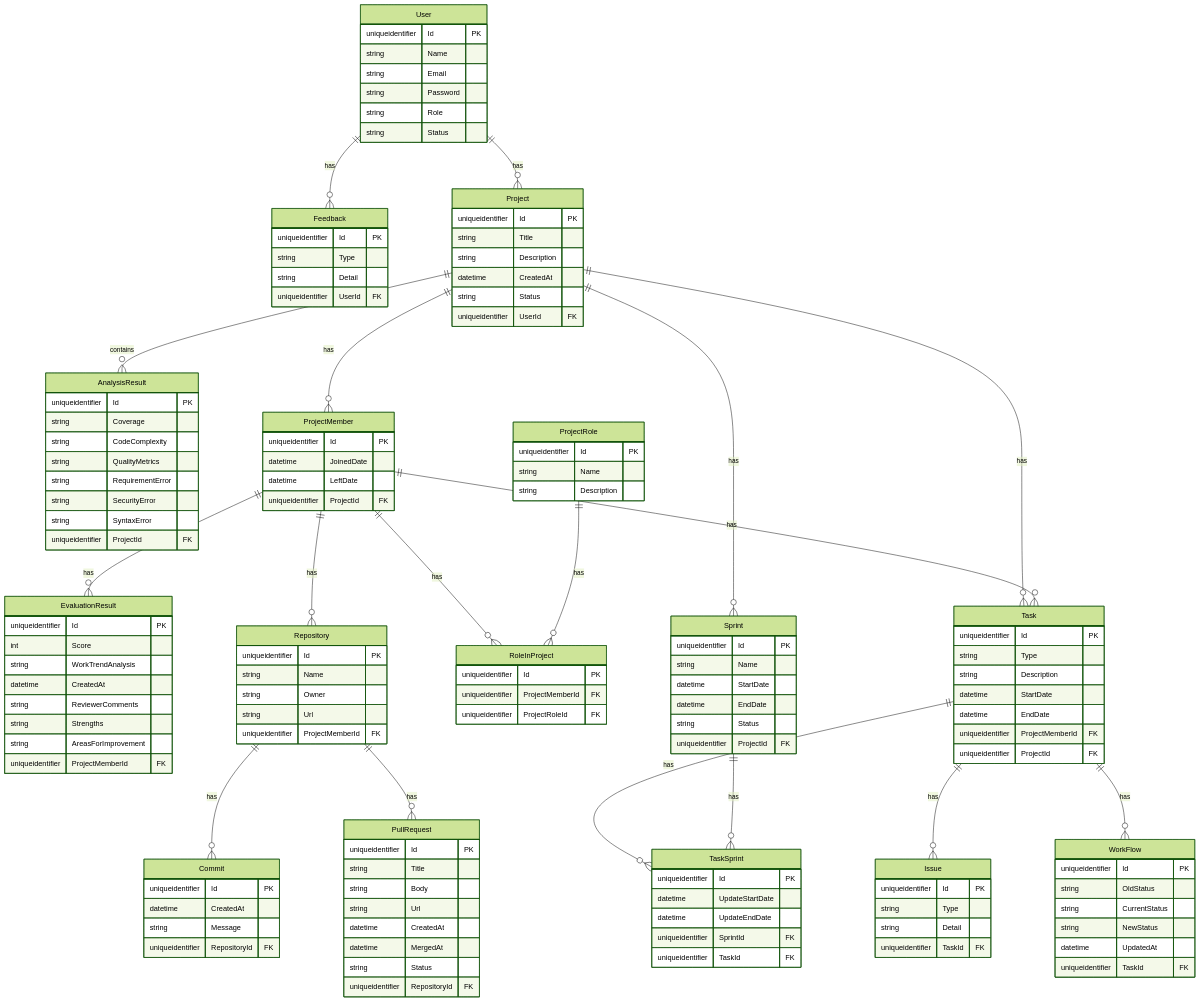
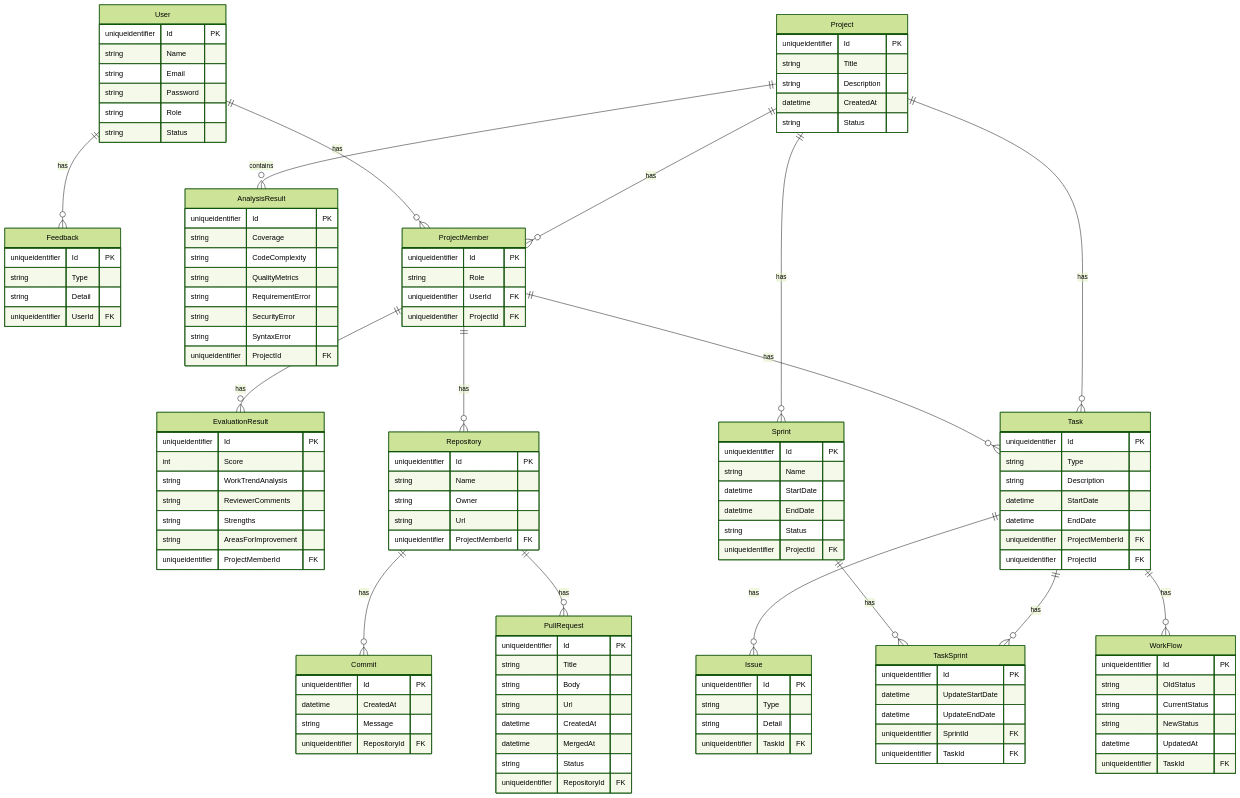
Before and after one commit to SWP490-GFA24SE110-FA24SE030/PMSAT: the diagram in Diagrams/erd.mermaid, drawn with Mermaid (forest theme).

Commit message:
[Dgrm] Fixed ER diagram code (by hiep)

```diff
--- a/Diagrams/erd.mermaid
+++ b/Diagrams/erd.mermaid
@@ -1,167 +1,152 @@
 erDiagram
     Commit {
         uniqueidentifier Id PK
         datetime CreatedAt
         string Message
         uniqueidentifier RepositoryId FK
     }
 
     EvaluationResult {
         uniqueidentifier Id PK
         int Score
         string WorkTrendAnalysis
-        datetime CreatedAt
         string ReviewerComments
         string Strengths
         string AreasForImprovement
         uniqueidentifier ProjectMemberId FK
     }
 
     Feedback {
         uniqueidentifier Id PK
         string Type
         string Detail
         uniqueidentifier UserId FK
     }
 
     Issue {
         uniqueidentifier Id PK
         string Type
         string Detail
         uniqueidentifier TaskId FK
     }
 
     Project {
         uniqueidentifier Id PK
         string Title
         string Description
         datetime CreatedAt
 
         %% public | private
         string Status
-
-        uniqueidentifier UserId FK
     }
 
     AnalysisResult {
         uniqueidentifier Id PK
         string Coverage
         string CodeComplexity
         string QualityMetrics
         string RequirementError
         string SecurityError
         string SyntaxError
         uniqueidentifier ProjectId FK
     }
 
     ProjectMember {
         uniqueidentifier Id PK
-        datetime JoinedDate
-        datetime LeftDate
-        uniqueidentifier ProjectId FK
-    }
-
-    ProjectRole {
-        uniqueidentifier Id PK
 
         %% leader | .......
-        string Name
+        string Role
 
-        string Description
+        %% datetime JoinedDate
+        %% datetime LeftDate
+        uniqueidentifier UserId FK
+        uniqueidentifier ProjectId FK
     }
 
     PullRequest {
         uniqueidentifier Id PK
         string Title
         string Body
         string Url
         datetime CreatedAt
         datetime MergedAt
         string Status
         uniqueidentifier RepositoryId FK
     }
 
     Repository {
         uniqueidentifier Id PK
         string Name
         string Owner
         string Url
         uniqueidentifier ProjectMemberId FK
-    }
-
-    RoleInProject {
-        uniqueidentifier Id PK
-        uniqueidentifier ProjectMemberId FK
-        uniqueidentifier ProjectRoleId FK
     }
 
     Sprint {
         uniqueidentifier Id PK
         string Name
         datetime StartDate
         datetime EndDate
 
         %% in progress | done
         string Status
 
         uniqueidentifier ProjectId FK
     }
 
     Task {
         uniqueidentifier Id PK
         string Type
         string Description
         datetime StartDate
         datetime EndDate
         uniqueidentifier ProjectMemberId FK
         uniqueidentifier ProjectId FK
     }
 
     TaskSprint {
         uniqueidentifier Id PK
         datetime UpdateStartDate
         datetime UpdateEndDate
         uniqueidentifier SprintId FK
         uniqueidentifier TaskId FK
     }
 
     User {
         uniqueidentifier Id PK
         string Name
         string Email
         string Password
 
         %% admin | user | moderator
         string Role
 
         %% activated | deactivated
         string Status
     }
 
     WorkFlow {
         uniqueidentifier Id PK
         string OldStatus
         string CurrentStatus
         string NewStatus
         datetime UpdatedAt
         uniqueidentifier TaskId FK
     }
 
     %% Relationships
     Repository ||--o{ Commit : has
     User ||--o{ Feedback : has
     Project ||--o{ AnalysisResult : contains
     Project ||--o{ ProjectMember : has
-    User ||--o{ Project : has
+    User ||--o{ ProjectMember : has
     Repository ||--o{ PullRequest : has
     ProjectMember ||--o{ Repository : has
-    ProjectMember ||--o{ RoleInProject : has
-    ProjectRole ||--o{ RoleInProject : has
     Project ||--o{ Sprint : has
     Project ||--o{ Task : has
     ProjectMember ||--o{ Task : has
     ProjectMember ||--o{ EvaluationResult : has
     Task ||--o{ TaskSprint : has
     Task ||--o{ Issue : has
     Sprint ||--o{ TaskSprint : has
     Task ||--o{ WorkFlow : has
```
